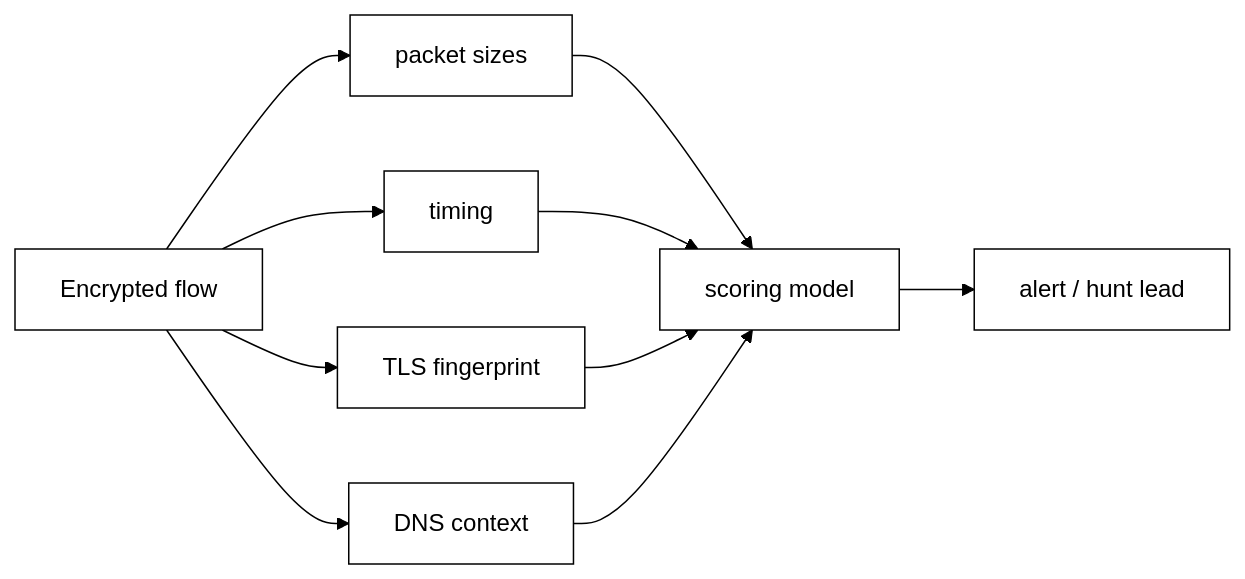
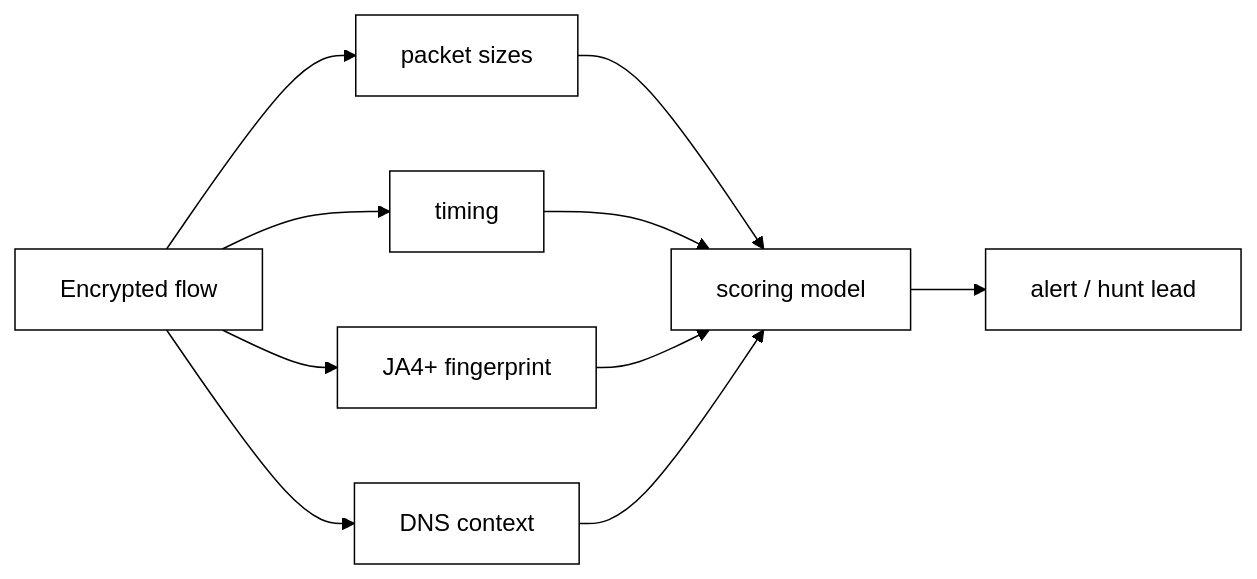
One commit to cs-pub-ro/SRED-lectures changed diagram 17 of 17 in 05-ids-ips-nsm/05-ids-ips-nsm.md. Above: the diagram before and after it, drawn with Mermaid. The commit also changed other lines of this file, not shown here.

````diff
--- a/05-ids-ips-nsm/05-ids-ips-nsm.md
+++ b/05-ids-ips-nsm/05-ids-ips-nsm.md
@@ -824,13 +761,13 @@
 ```mermaid
 %%{init: {'theme': 'base', 'themeVariables': {'primaryColor': '#ffffff', 'primaryBorderColor': '#000000', 'primaryTextColor': '#000000', 'lineColor': '#000000'}}}%%
 flowchart LR
   FLOW[Encrypted flow] --> F1[packet sizes]
   FLOW --> F2[timing]
-  FLOW --> F3[TLS fingerprint]
+  FLOW --> F3["JA4+ fingerprint"]
   FLOW --> F4[DNS context]
   F1 --> MODEL[scoring model]
   F2 --> MODEL
   F3 --> MODEL
   F4 --> MODEL
   MODEL --> ALERT[alert / hunt lead]
 ```
````
